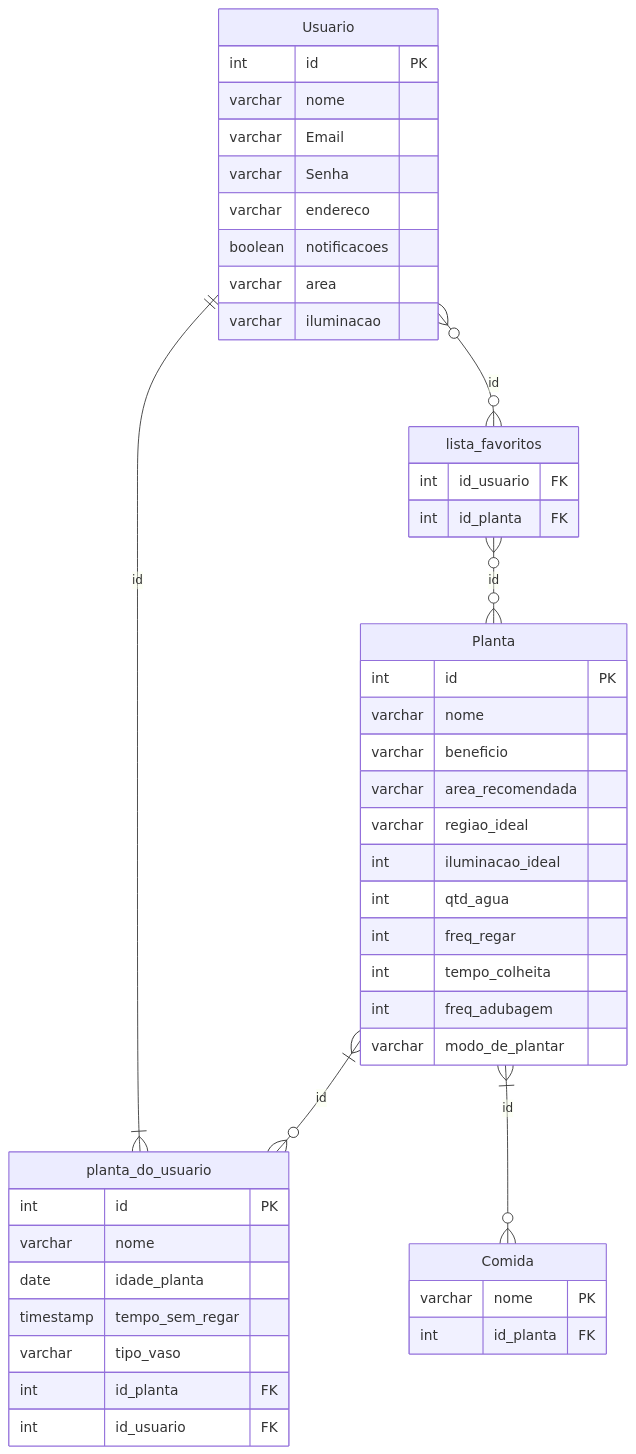
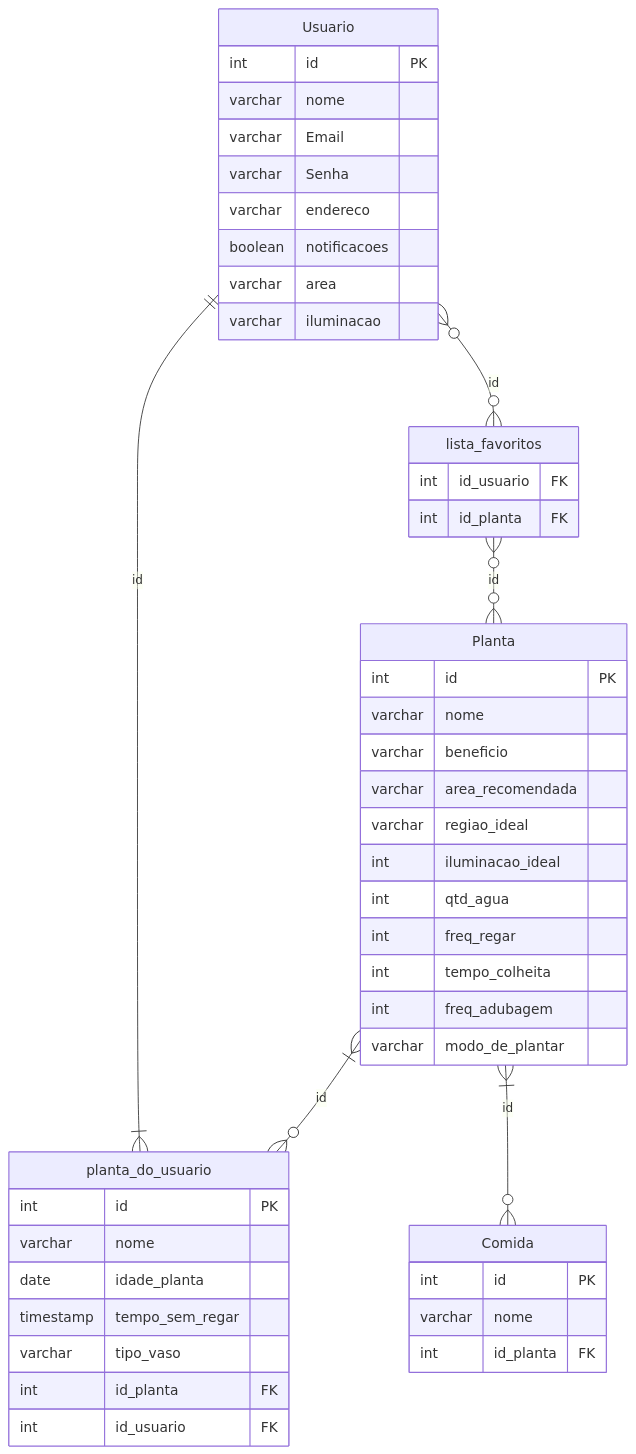
Before and after one commit to mee-akie/plantei-app: the diagram in database/README.md, drawn with Mermaid.

````diff
--- a/database/README.md
+++ b/database/README.md
@@ -3,53 +3,54 @@
 ```mermaid
 erDiagram
 	Usuario {
 		int id PK
 		varchar nome
 		varchar Email
 		varchar Senha
 		varchar endereco
 		boolean notificacoes
 		varchar area
 		varchar iluminacao
 	}
 
 	Planta {
 		int id PK
 		varchar nome
 		varchar beneficio
 		varchar area_recomendada
 		varchar regiao_ideal
 		int iluminacao_ideal
 		int qtd_agua
 		int freq_regar
 		int tempo_colheita
 		int freq_adubagem
 		varchar modo_de_plantar
 	}
 
 	planta_do_usuario {
 		int id PK
 		varchar nome
 		date idade_planta
 		timestamp tempo_sem_regar
 		varchar tipo_vaso
 		int id_planta FK
 		int id_usuario FK
 	}
 
 	lista_favoritos {
 		int id_usuario FK
 		int id_planta FK
 	}
 
 	Comida {
-		varchar nome PK
+		int id PK
+		varchar nome
 		int id_planta FK
 	}
 
 	Usuario ||--|{ planta_do_usuario : id
 	Usuario }o--o{ lista_favoritos : id
 	lista_favoritos }o--o{ Planta : id
 	Planta }|--o{ planta_do_usuario : id
 	Planta }|--o{ Comida : id
 ```
````
